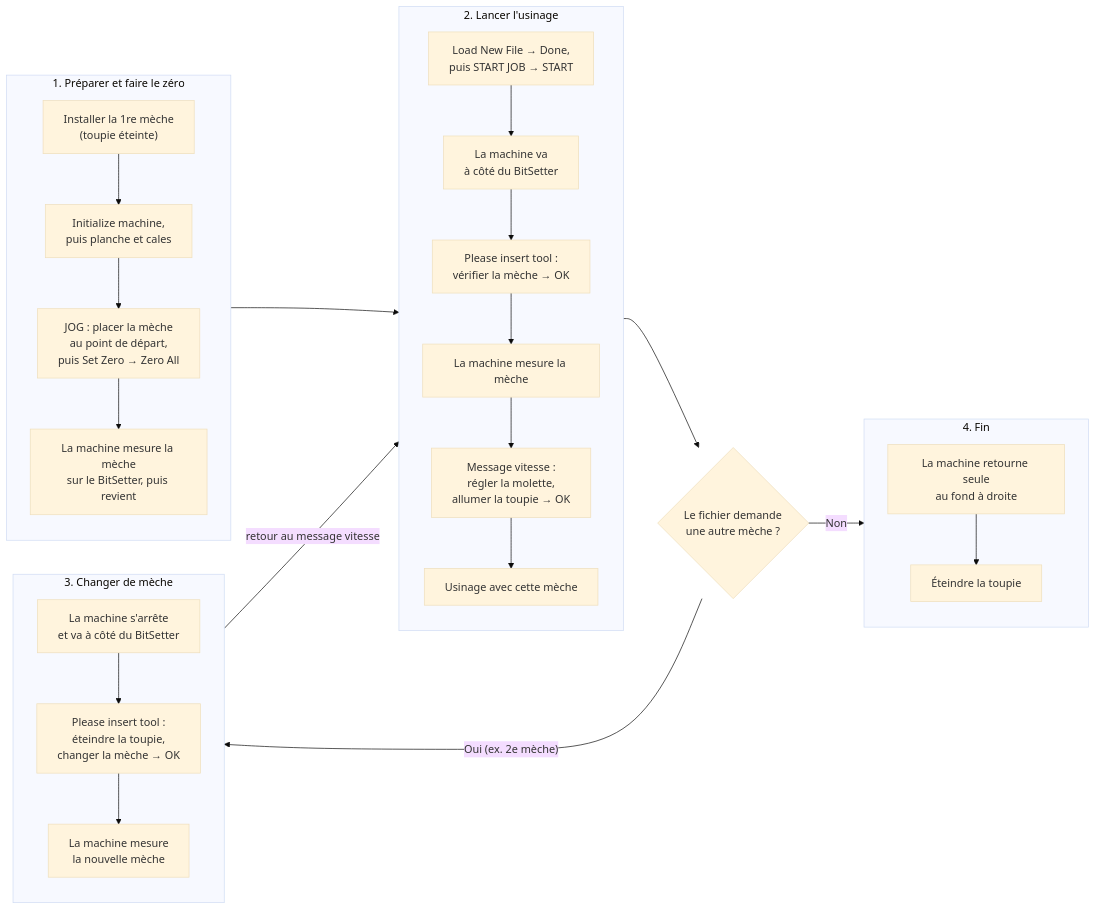
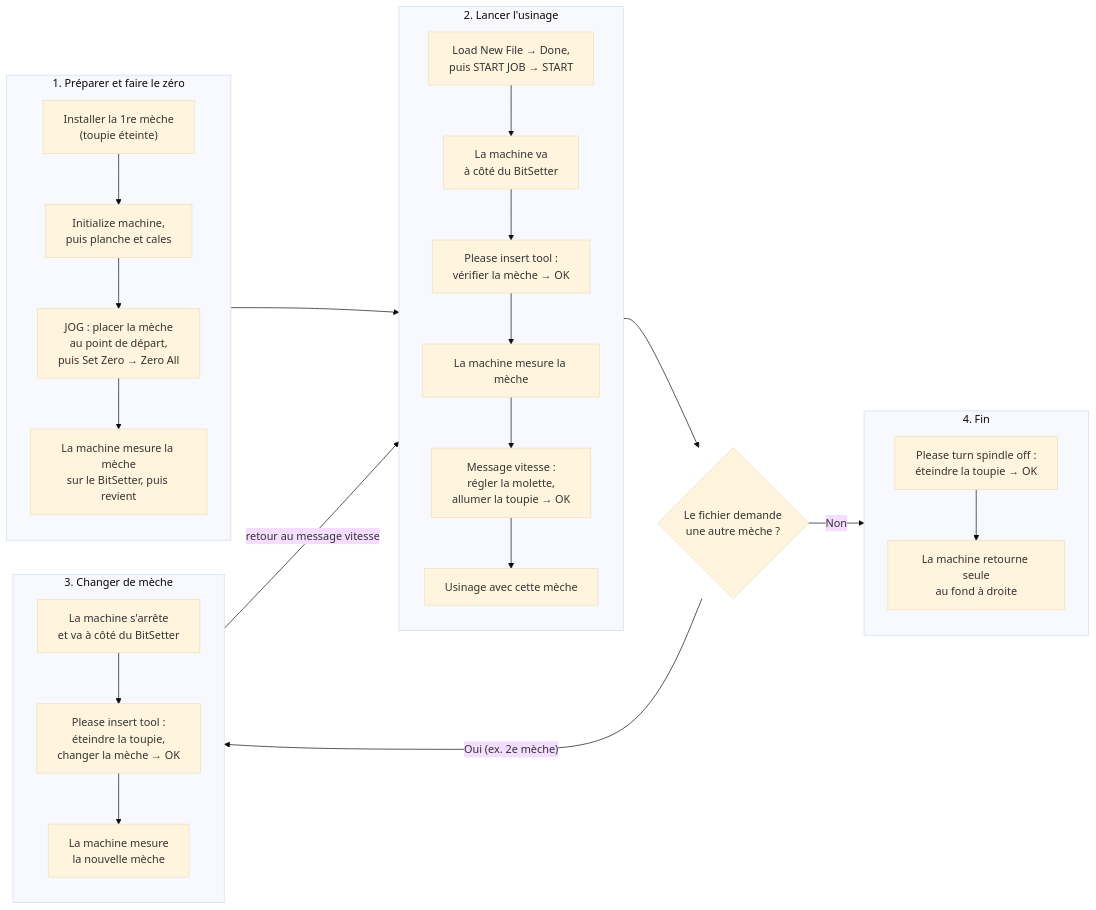
One commit to Fablab-PAE/pae-docs changed the diagram in src/content/docs/fr/guides/cnc-machine.md. Above: the diagram before and after it, drawn with Mermaid (base theme). The commit also changed other lines of this file and 1 other file, not shown here.

````diff
--- a/src/content/docs/fr/guides/cnc-machine.md
+++ b/src/content/docs/fr/guides/cnc-machine.md
@@ -104,31 +104,31 @@
 ```mermaid
 flowchart LR
   subgraph prep ["1. Préparer et faire le zéro"]
     direction TB
     A["Installer la 1re mèche<br/>(toupie éteinte)"] --> B["Initialize machine,<br/>puis planche et cales"]
     B --> C["JOG : placer la mèche<br/>au point de départ,<br/>puis Set Zero → Zero All"]
     C --> D["La machine mesure la mèche<br/>sur le BitSetter, puis revient"]:::risk
   end
   subgraph run ["2. Lancer l'usinage"]
     direction TB
     E["Load New File → Done,<br/>puis START JOB → START"] --> F["La machine va<br/>à côté du BitSetter"]:::risk
     F --> G["Please insert tool :<br/>vérifier la mèche → OK"]:::queue
     G --> H["La machine mesure la mèche"]:::risk
     H --> I["Message vitesse :<br/>régler la molette,<br/>allumer la toupie → OK"]:::queue
     I --> J["Usinage avec cette mèche"]:::new
   end
   subgraph change ["3. Changer de mèche"]
     direction TB
     L["La machine s'arrête<br/>et va à côté du BitSetter"]:::risk --> M["Please insert tool :<br/>éteindre la toupie,<br/>changer la mèche → OK"]:::queue
     M --> N["La machine mesure<br/>la nouvelle mèche"]:::risk
   end
   subgraph fin ["4. Fin"]
     direction TB
-    O["La machine retourne seule<br/>au fond à droite"]:::risk --> P["Éteindre la toupie"]
+    O["Please turn spindle off :<br/>éteindre la toupie → OK"]:::queue --> P["La machine retourne seule<br/>au fond à droite"]:::risk
   end
   prep --> run
   run --> K{"Le fichier demande<br/>une autre mèche ?"}
   K -- "Oui (ex. 2e mèche)" --> change
   change -- "retour au message vitesse" --> run
   K -- "Non" --> fin
 ```
````
